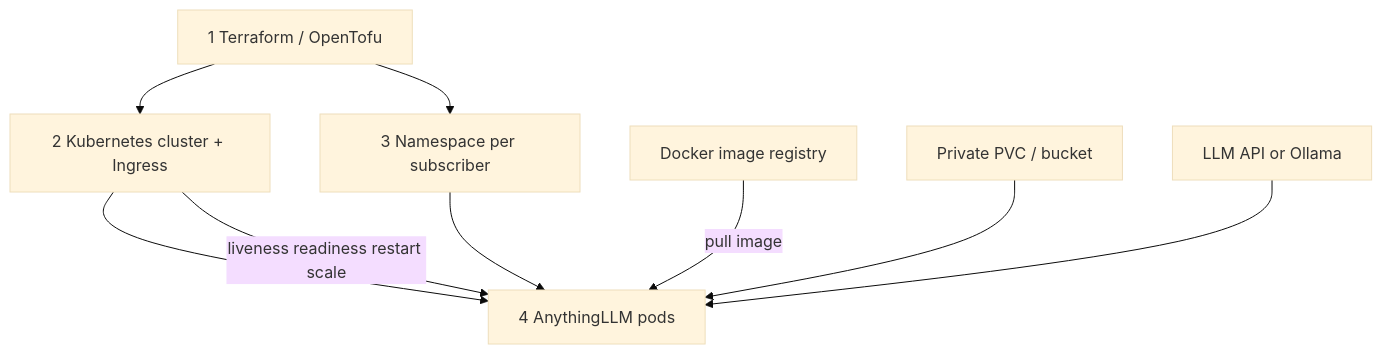
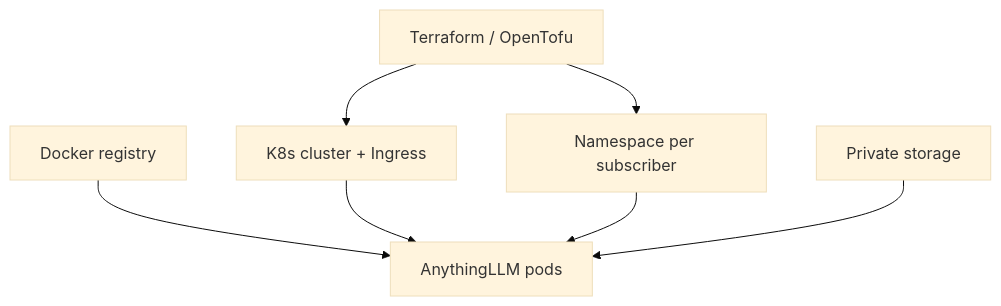
Before and after one commit to cameronhumdev/Autodesk-MCP: the first of 3 diagrams in PLAN.md, drawn with Mermaid (base theme). The commit also changed other lines of this file, not shown here.

Commit message:
Tighten PLAN to scannable scope-only tables and flows.

````diff
--- a/PLAN.md
+++ b/PLAN.md
@@ -71,19 +57,16 @@
 ```mermaid
 flowchart TD
-  T[1 Terraform / OpenTofu]
-  C[2 Kubernetes cluster + Ingress]
-  NS[3 Namespace per subscriber]
-  IMG[Docker image registry]
-  POD[4 AnythingLLM pods]
-  PVC[Private PVC / bucket]
-  LLM[LLM API or Ollama]
+  T[Terraform / OpenTofu]
+  C[K8s cluster + Ingress]
+  NS[Namespace per subscriber]
+  IMG[Docker registry]
+  POD[AnythingLLM pods]
+  PVC[Private storage]
 
   T --> C
   T --> NS
-  IMG -->|pull image| POD
+  IMG --> POD
   C --> POD
   NS --> POD
   PVC --> POD
-  LLM --> POD
-  C -->|liveness readiness restart scale| POD
 ```
````
